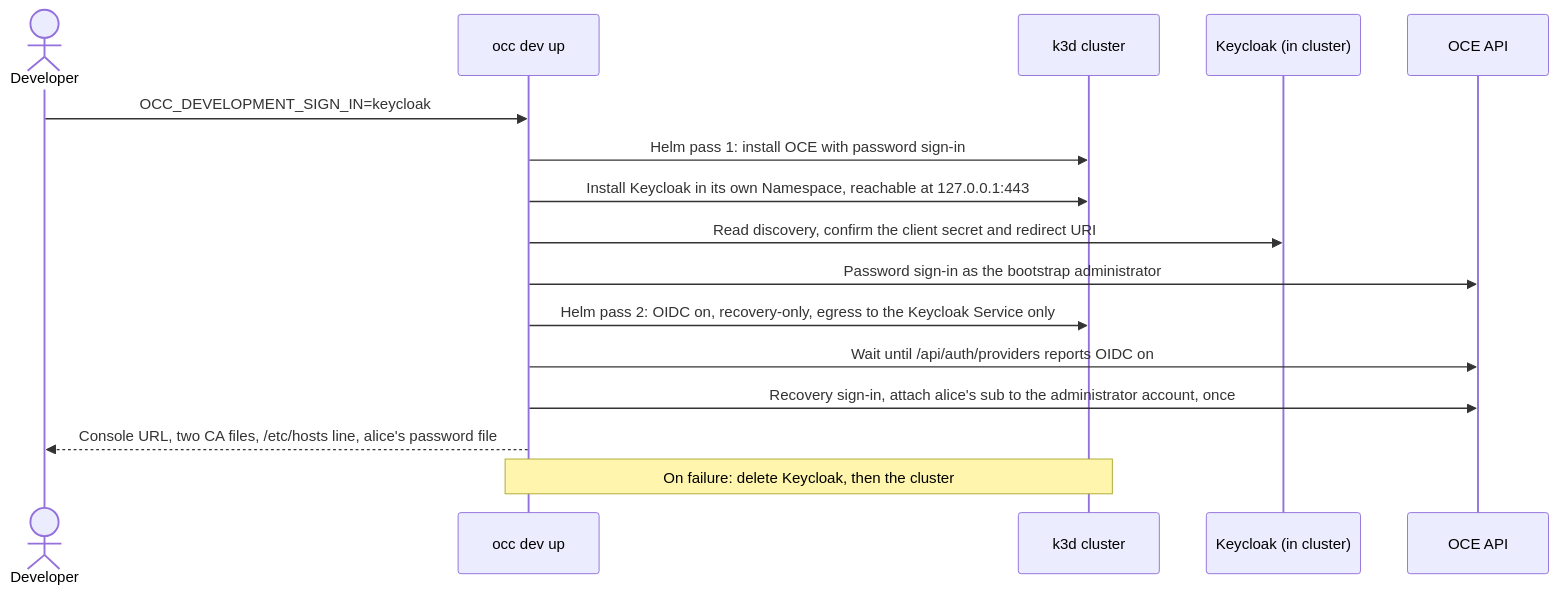
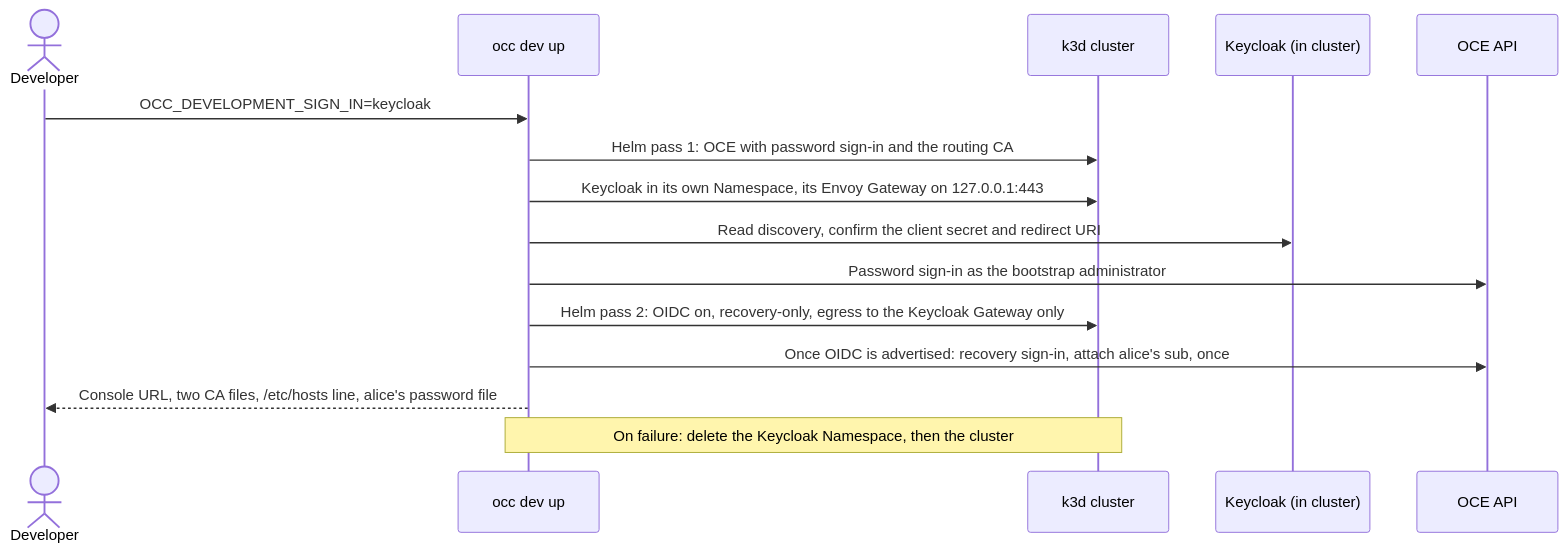
Before and after one commit to openclaw/openclaw-enterprise: the second of 2 diagrams in specs/rfcs/0019-keycloak-oidc-verification.md, drawn with Mermaid. The commit also changed other lines of this file and 1 other file, not shown here.

First line of the commit message:
docs(specs): bring RFC-0019 in line with main after the Keycloak work lands

````diff
--- a/specs/rfcs/0019-keycloak-oidc-verification.md
+++ b/specs/rfcs/0019-keycloak-oidc-verification.md
@@ -221,18 +212,17 @@
 ```mermaid
 sequenceDiagram
   actor D as Developer
   participant L as occ dev up
   participant C as k3d cluster
   participant K as Keycloak (in cluster)
   participant A as OCE API
   D->>L: OCC_DEVELOPMENT_SIGN_IN=keycloak
-  L->>C: Helm pass 1: install OCE with password sign-in
-  L->>C: Install Keycloak in its own Namespace, reachable at 127.0.0.1:443
+  L->>C: Helm pass 1: OCE with password sign-in and the routing CA
+  L->>C: Keycloak in its own Namespace, its Envoy Gateway on 127.0.0.1:443
   L->>K: Read discovery, confirm the client secret and redirect URI
   L->>A: Password sign-in as the bootstrap administrator
-  L->>C: Helm pass 2: OIDC on, recovery-only, egress to the Keycloak Service only
-  L->>A: Wait until /api/auth/providers reports OIDC on
-  L->>A: Recovery sign-in, attach alice's sub to the administrator account, once
+  L->>C: Helm pass 2: OIDC on, recovery-only, egress to the Keycloak Gateway only
+  L->>A: Once OIDC is advertised: recovery sign-in, attach alice's sub, once
   L-->>D: Console URL, two CA files, /etc/hosts line, alice's password file
-  Note over L,C: On failure: delete Keycloak, then the cluster
+  Note over L,C: On failure: delete the Keycloak Namespace, then the cluster
 ```
````
